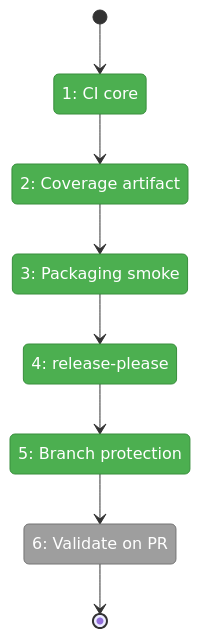
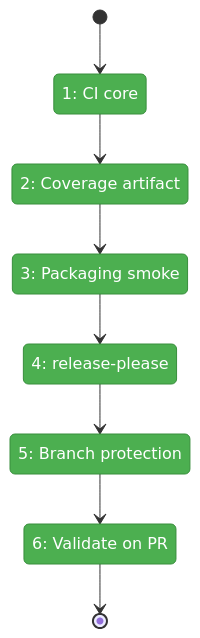
Before and after one commit to AI-Substrate/harness-engineering: the first of 2 diagrams in docs/plans/004-harness-core/tasks/phase-3-ci-release-automation-branch-protection/tasks.fltplan.md, drawn with Mermaid. The commit also changed other lines of this file and 2 other files, not shown here.

````diff
--- a/docs/plans/004-harness-core/tasks/phase-3-ci-release-automation-branch-protection/tasks.fltplan.md
+++ b/docs/plans/004-harness-core/tasks/phase-3-ci-release-automation-branch-protection/tasks.fltplan.md
@@ -38,25 +38,24 @@
 ```mermaid
 stateDiagram-v2
     classDef pending fill:#9E9E9E,stroke:#757575,color:#fff
     classDef active fill:#FFC107,stroke:#FFA000,color:#000
     classDef done fill:#4CAF50,stroke:#388E3C,color:#fff
     classDef blocked fill:#F44336,stroke:#D32F2F,color:#fff
 
     state "1: CI core" as S1
     state "2: Coverage artifact" as S2
     state "3: Packaging smoke" as S3
     state "4: release-please" as S4
     state "5: Branch protection" as S5
     state "6: Validate on PR" as S6
 
     [*] --> S1
     S1 --> S2
     S2 --> S3
     S3 --> S4
     S4 --> S5
     S5 --> S6
     S6 --> [*]
 
-    class S1,S2,S3,S4,S5 done
-    class S6 pending
+    class S1,S2,S3,S4,S5,S6 done
 ```
````
